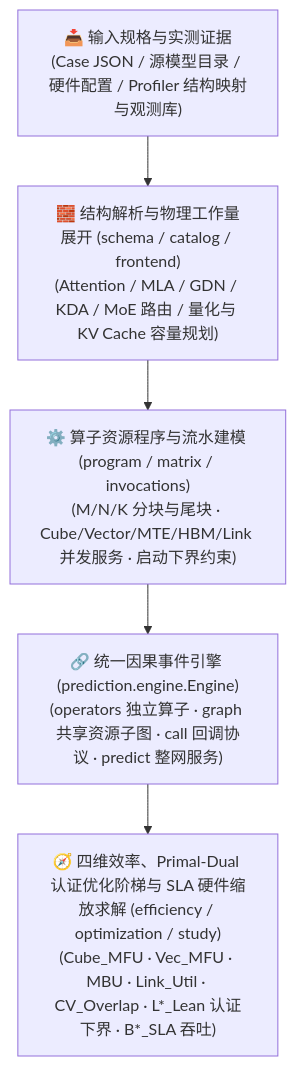
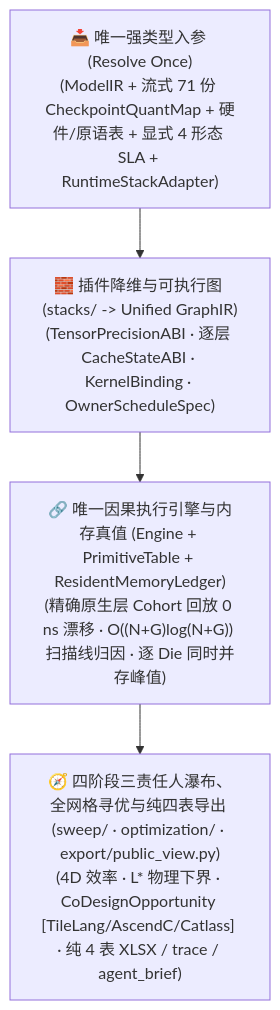
Before and after one commit to mindie-agent/sim: the diagram in README.md, drawn with Mermaid. The commit also changed other lines of this file and 11 other files, not shown here.

Commit message:
docs(sim): align living docs, bilingual guides, and migration notes to single-spine architecture

````diff
--- a/README.md
+++ b/README.md
@@ -34,10 +34,9 @@
 ```mermaid
 flowchart TB
-    Input["📥 输入规格与实测证据<br/>(Case JSON / 源模型目录 / 硬件配置 / Profiler 结构映射与观测库)"]
-    Frontend["🧱 结构解析与物理工作量展开 (schema / catalog / frontend)<br/>(Attention / MLA / GDN / KDA / MoE 路由 / 量化与 KV Cache 容量规划)"]
-    Program["⚙️ 算子资源程序与流水建模 (program / matrix / invocations)<br/>(M/N/K 分块与尾块 · Cube/Vector/MTE/HBM/Link 并发服务 · 启动下界约束)"]
-    Engine["🔗 统一因果事件引擎 (prediction.engine.Engine)<br/>(operators 独立算子 · graph 共享资源子图 · call 回调协议 · predict 整网服务)"]
-    Analysis["🧭 四维效率、Primal-Dual 认证优化阶梯与 SLA 硬件缩放求解 (efficiency / optimization / study)<br/>(Cube_MFU · Vec_MFU · MBU · Link_Util · CV_Overlap · L*_Lean 认证下界 · B*_SLA 吞吐)"]
+    Input["📥 唯一强类型入参 (Resolve Once)<br/>(ModelIR + 流式 71 份 CheckpointQuantMap + 硬件/原语表 + 显式 4 形态 SLA + RuntimeStackAdapter)"]
+    Lower["🧱 插件降维与可执行图 (stacks/ -> Unified GraphIR)<br/>(TensorPrecisionABI · 逐层 CacheStateABI · KernelBinding · OwnerScheduleSpec)"]
+    Engine["🔗 唯一因果执行引擎与内存真值 (Engine + PrimitiveTable + ResidentMemoryLedger)<br/>(精确原生层 Cohort 回放 0 ns 漂移 · O((N+G)log(N+G)) 扫描线归因 · 逐 Die 同时并存峰值)"]
+    Analysis["🧭 四阶段三责任人瀑布、全网格寻优与纯四表导出 (sweep/ · optimization/ · export/public_view.py)<br/>(4D 效率 · L* 物理下界 · CoDesignOpportunity [TileLang/AscendC/Catlass] · 纯 4 表 XLSX / trace / agent_brief)"]
 
-    Input --> Frontend --> Program --> Engine --> Analysis
+    Input --> Lower --> Engine --> Analysis
 ```
````
